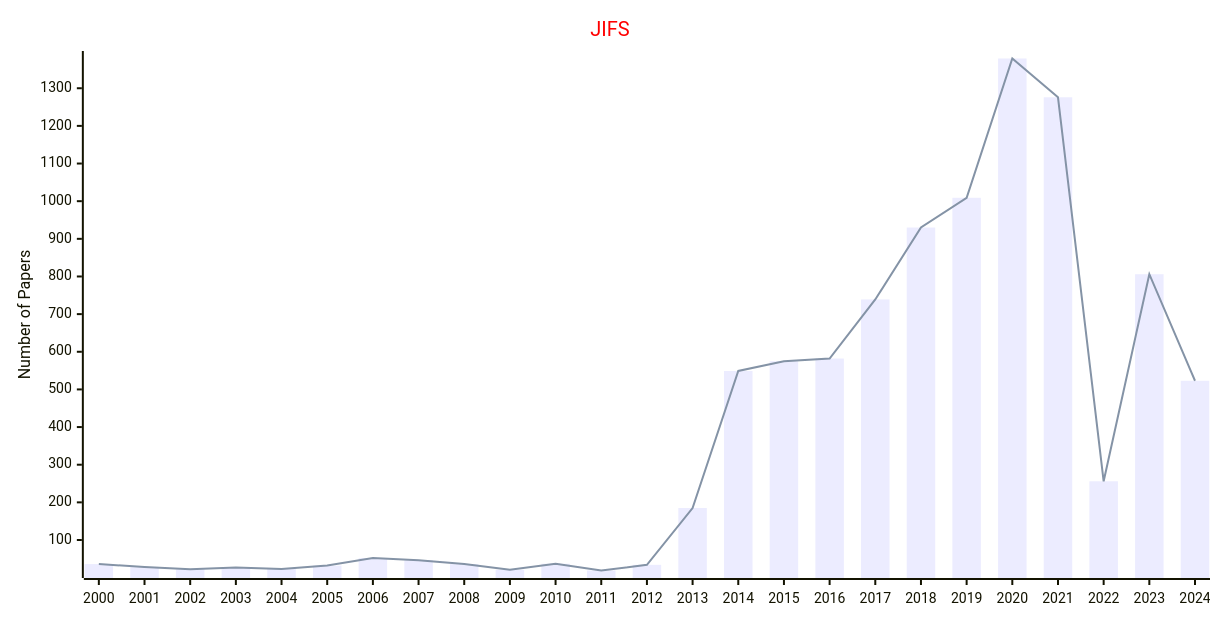
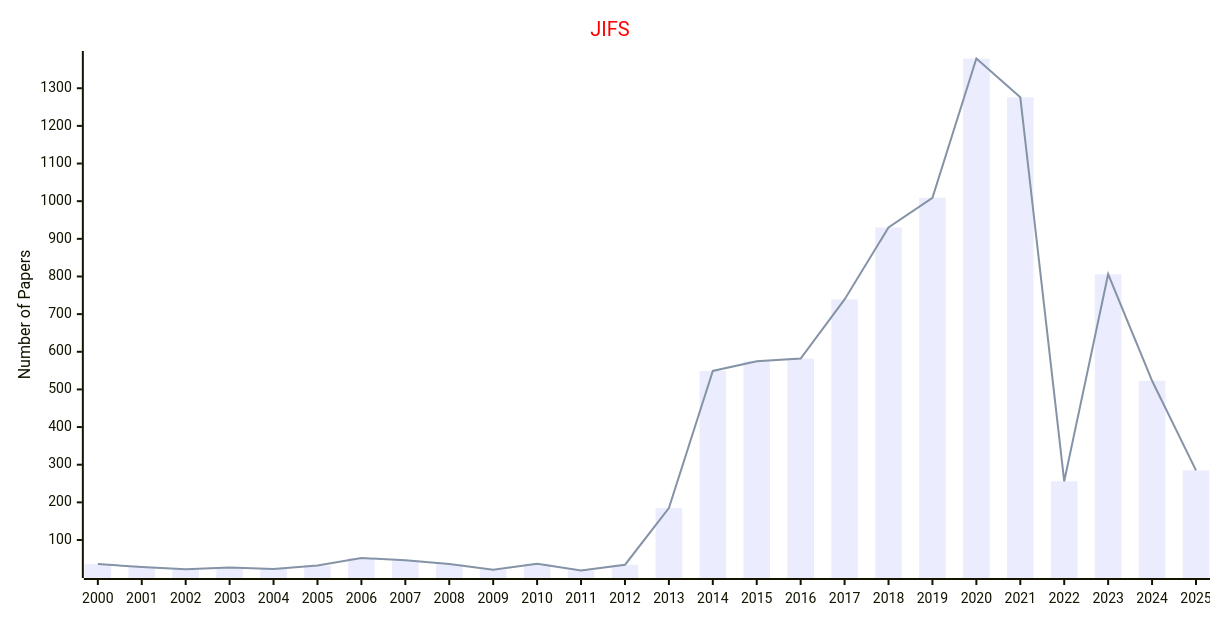
The first of 2 diagrams in docs/data/Journals/Statistics_Journals/Fuzzy_Systems.md (Easy-PhD/AILinks), drawn with Mermaid before and after one commit. The commit also changed other lines of this file and 93 other files, not shown here.

````diff
--- a/docs/data/Journals/Statistics_Journals/Fuzzy_Systems.md
+++ b/docs/data/Journals/Statistics_Journals/Fuzzy_Systems.md
@@ -9,17 +9,17 @@
 ```mermaid
 ---
 config:
     xyChart:
         width: 1200
         height: 600
     themeVariables:
         xyChart:
             titleColor: "#ff0000"
 ---
 xychart-beta
     title "JIFS"
-    x-axis [2000, 2001, 2002, 2003, 2004, 2005, 2006, 2007, 2008, 2009, 2010, 2011, 2012, 2013, 2014, 2015, 2016, 2017, 2018, 2019, 2020, 2021, 2022, 2023, 2024]
+    x-axis [2000, 2001, 2002, 2003, 2004, 2005, 2006, 2007, 2008, 2009, 2010, 2011, 2012, 2013, 2014, 2015, 2016, 2017, 2018, 2019, 2020, 2021, 2022, 2023, 2024, 2025]
     y-axis "Number of Papers"
-    bar [36, 28, 22, 27, 23, 32, 52, 46, 36, 21, 37, 19, 34, 185, 549, 575, 582, 739, 930, 1009, 1379, 1276, 256, 806, 523]
-    line [36, 28, 22, 27, 23, 32, 52, 46, 36, 21, 37, 19, 34, 185, 549, 575, 582, 739, 930, 1009, 1379, 1276, 256, 806, 523]
+    bar [36, 28, 22, 27, 23, 32, 52, 46, 36, 21, 37, 19, 34, 185, 549, 575, 582, 739, 930, 1009, 1379, 1276, 256, 806, 523, 285]
+    line [36, 28, 22, 27, 23, 32, 52, 46, 36, 21, 37, 19, 34, 185, 549, 575, 582, 739, 930, 1009, 1379, 1276, 256, 806, 523, 285]
 ```
````
